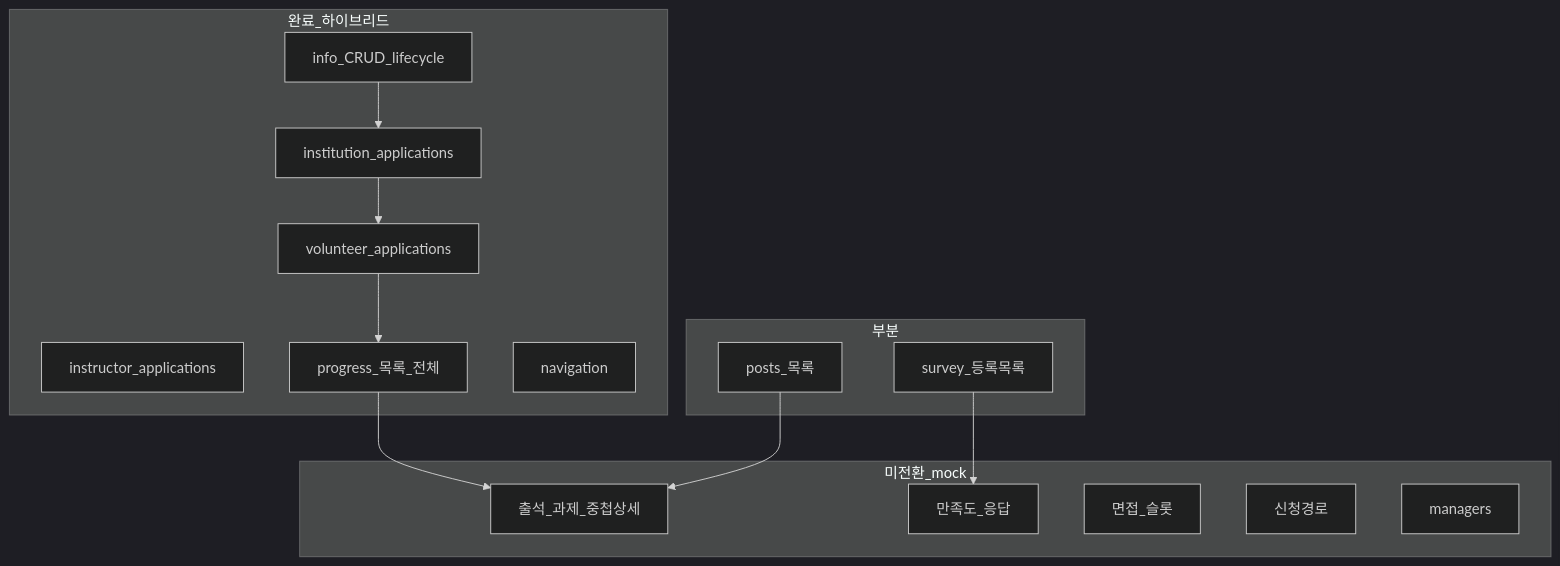
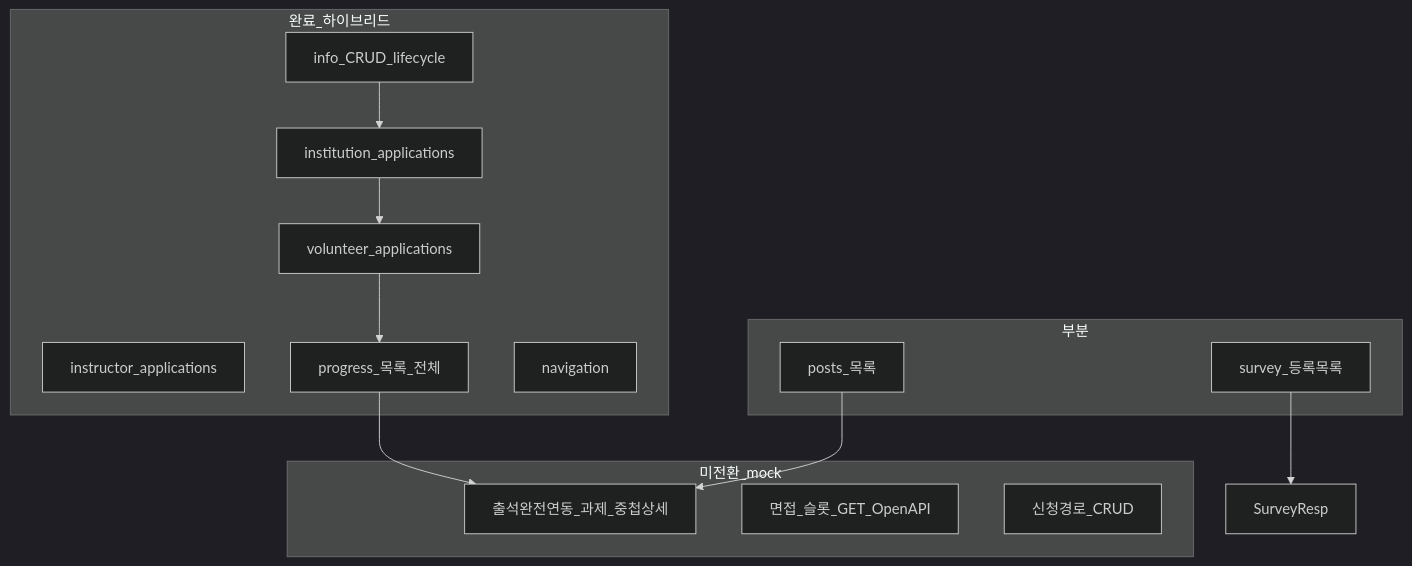
The first of 2 diagrams in apps/cms/docs/api/programs-detail-api-conversion-status.md (tintolab-development/jakorea), drawn with Mermaid (dark theme) before and after one commit. The commit also changed other lines of this file and 6 other files, not shown here.

````diff
--- a/apps/cms/docs/api/programs-detail-api-conversion-status.md
+++ b/apps/cms/docs/api/programs-detail-api-conversion-status.md
@@ -69,28 +70,26 @@
 ```mermaid
 flowchart TB
   subgraph done [완료_하이브리드]
     Info[info_CRUD_lifecycle]
     InstApp[institution_applications]
     InstApp2[instructor_applications]
     VolApp[volunteer_applications]
     ProgList[progress_목록_전체]
     Nav[navigation]
   end
   subgraph partial [부분]
     Posts[posts_목록]
     SurveyList[survey_등록목록]
   end
   subgraph todo [미전환_mock]
-    ProgEtc[출석_과제_중첩상세]
-    SurveyResp[만족도_응답]
-    Slot[면접_슬롯]
-    Path[신청경로]
-    Mgr[managers]
+    ProgEtc[출석완전연동_과제_중첩상세]
+    Slot[면접_슬롯_GET_OpenAPI]
+    Path[신청경로_CRUD]
   end
   Info --> InstApp
   InstApp --> VolApp
   VolApp --> ProgList
   ProgList --> ProgEtc
   Posts --> ProgEtc
   SurveyList --> SurveyResp
 ```
````
